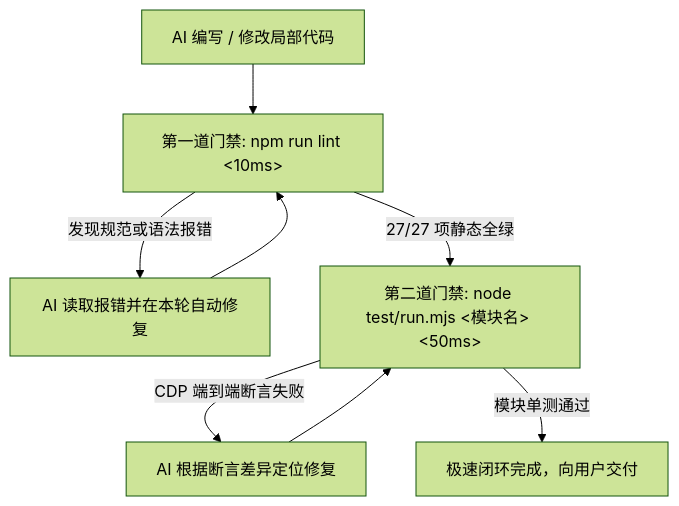
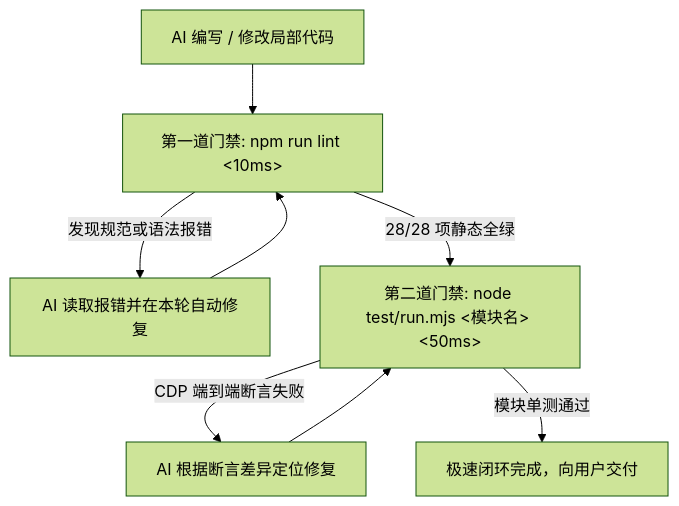
Before and after one commit to leosdcn/glass-start: the diagram in AGENTS.md, drawn with Mermaid (forest theme). The commit also changed 5 other files, not shown here.

````diff
--- a/AGENTS.md
+++ b/AGENTS.md
@@ -79,10 +79,10 @@
 ```mermaid
 flowchart TD
     A[AI 编写 / 修改局部代码] --> B[第一道门禁: npm run lint <10ms>]
     B -- 发现规范或语法报错 --> C[AI 读取报错并在本轮自动修复]
     C --> B
-    B -- 27/27 项静态全绿 --> D[第二道门禁: node test/run.mjs <模块名> <50ms>]
+    B -- 28/28 项静态全绿 --> D[第二道门禁: node test/run.mjs <模块名> <50ms>]
     D -- CDP 端到端断言失败 --> E[AI 根据断言差异定位修复]
     E --> D
     D -- 模块单测通过 --> F[极速闭环完成，向用户交付]
 ```
````
